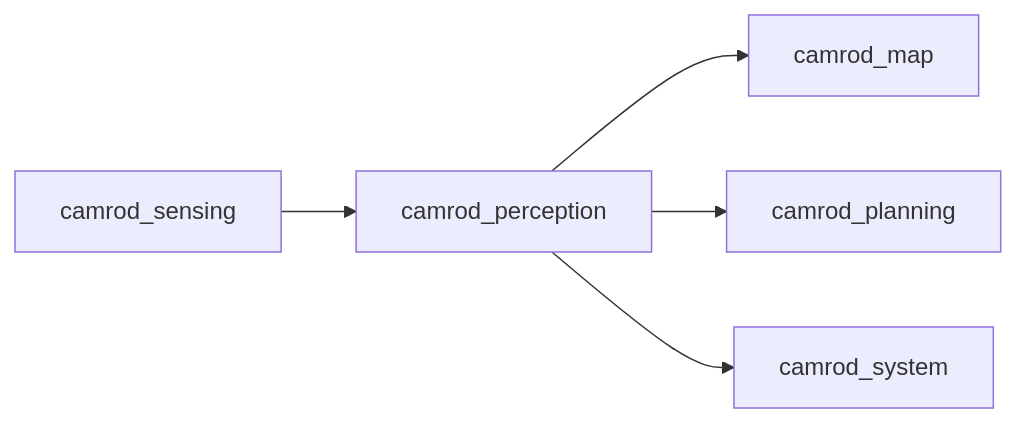
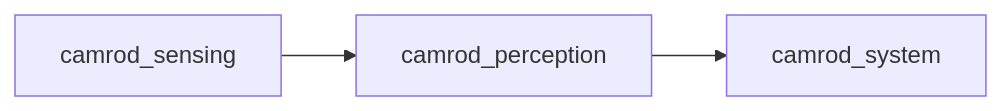
One commit to hwanhonglee/CAMROD changed the second of 2 diagrams in camrod_perception/README.md. Above: the diagram before and after it, drawn with Mermaid. The commit also changed other lines of this file and 15 other files, not shown here.

````diff
--- a/camrod_perception/README.md
+++ b/camrod_perception/README.md
@@ -27,7 +46,5 @@
 ```mermaid
 graph LR
-  SENSING[camrod_sensing] --> PER[camrod_perception]
-  PER --> MAP[camrod_map]
-  PER --> PLANNING[camrod_planning]
-  PER --> SYSTEM[camrod_system]
+  SENS[camrod_sensing] --> PER[camrod_perception]
+  PER --> SYS[camrod_system]
 ```
````
